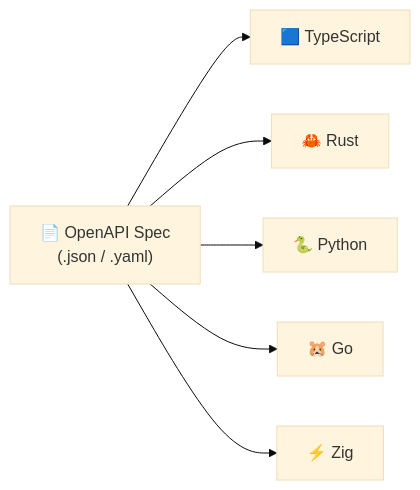
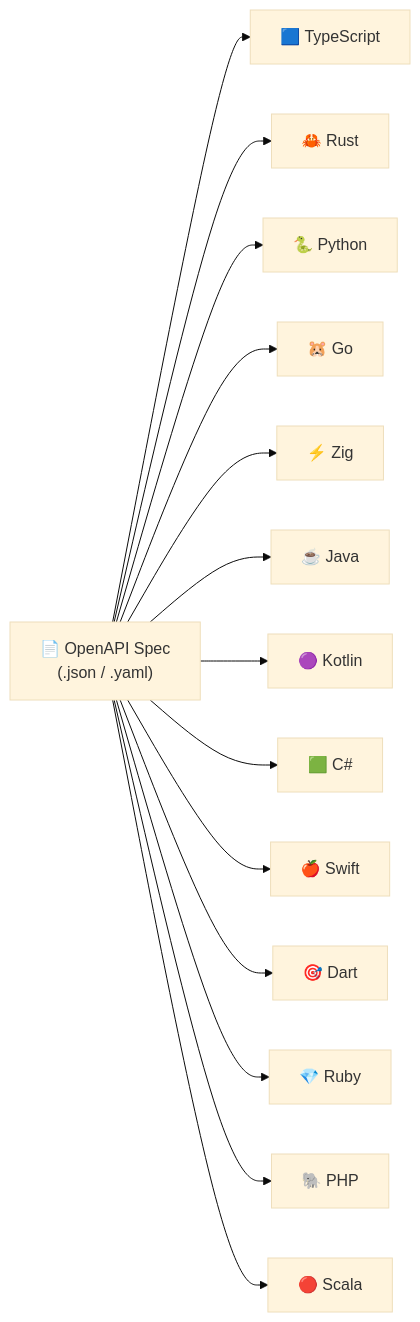
Before and after one commit to hdresearch/sterling: the diagram in README.md, drawn with Mermaid (base theme).

Commit message:
docs: expand mermaid diagram to all 13 supported language targets

````diff
--- a/README.md
+++ b/README.md
@@ -7,10 +7,18 @@
 ```mermaid
 flowchart LR
     spec["📄 OpenAPI Spec\n(.json / .yaml)"]
 
     spec --> ts["🟦 TypeScript"]
     spec --> rs["🦀 Rust"]
     spec --> py["🐍 Python"]
     spec --> go["🐹 Go"]
     spec --> zig["⚡ Zig"]
+    spec --> java["☕ Java"]
+    spec --> kt["🟣 Kotlin"]
+    spec --> cs["🟩 C#"]
+    spec --> swift["🍎 Swift"]
+    spec --> dart["🎯 Dart"]
+    spec --> rb["💎 Ruby"]
+    spec --> php["🐘 PHP"]
+    spec --> scala["🔴 Scala"]
 ```
````
